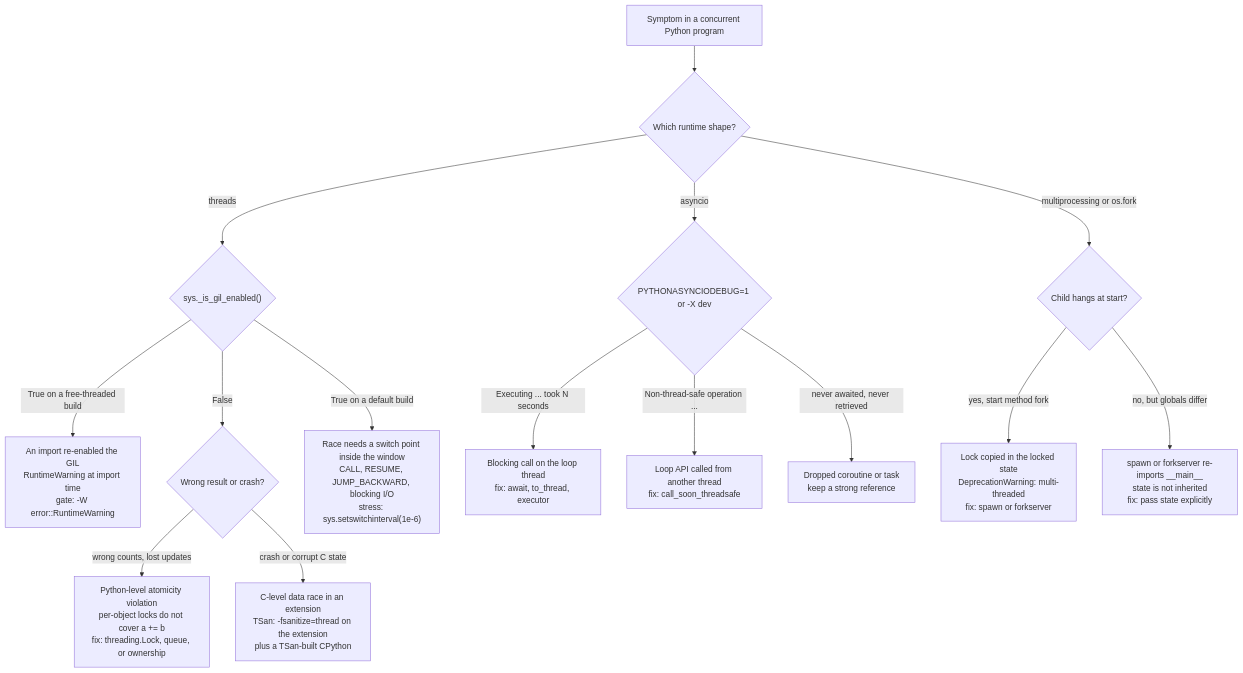
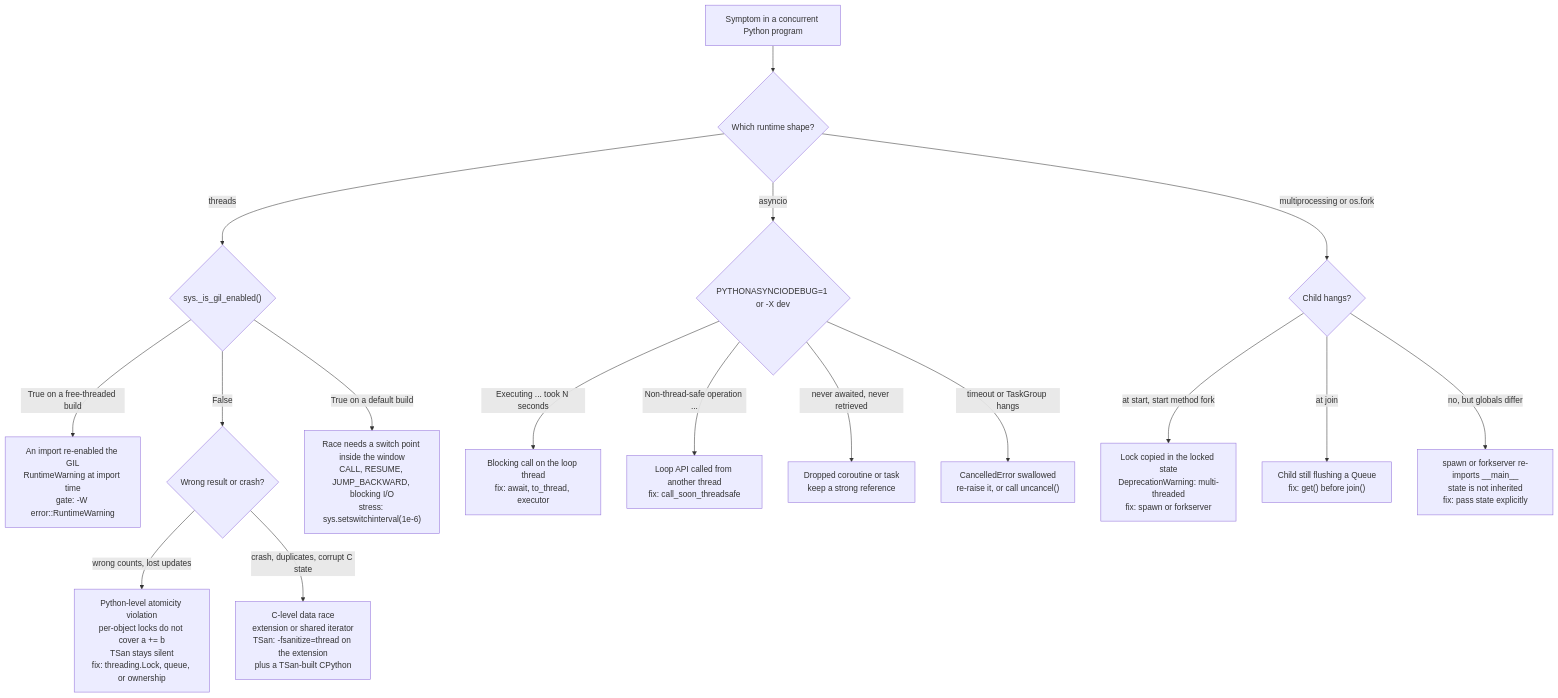
One commit to shreejitverma/The-Distinguished-Engineer changed the diagram in 18-Developer-Toolchain/03-Debugging/Python/Python-Concurrency-Asyncio-Multiprocessing-and-Free-Threading-Bugs.md. Above: the diagram before and after it, drawn with Mermaid. The commit also changed other lines of this file and 8 other files, not shown here.

````diff
--- a/18-Developer-Toolchain/03-Debugging/Python/Python-Concurrency-Asyncio-Multiprocessing-and-Free-Threading-Bugs.md
+++ b/18-Developer-Toolchain/03-Debugging/Python/Python-Concurrency-Asyncio-Multiprocessing-and-Free-Threading-Bugs.md
@@ -46,20 +61,22 @@
 ```mermaid
 flowchart TD
     SYM["Symptom in a concurrent Python program"] --> Q1{"Which runtime shape?"}
 
     Q1 -->|"threads"| Q2{"sys._is_gil_enabled()"}
     Q2 -->|"True on a free-threaded build"| GILBACK["An import re-enabled the GIL<br/>RuntimeWarning at import time<br/>gate: -W error::RuntimeWarning"]
     Q2 -->|"False"| Q3{"Wrong result or crash?"}
-    Q3 -->|"wrong counts, lost updates"| ATOM["Python-level atomicity violation<br/>per-object locks do not cover a += b<br/>fix: threading.Lock, queue, or ownership"]
-    Q3 -->|"crash or corrupt C state"| CRACE["C-level data race in an extension<br/>TSan: -fsanitize=thread on the extension<br/>plus a TSan-built CPython"]
+    Q3 -->|"wrong counts, lost updates"| ATOM["Python-level atomicity violation<br/>per-object locks do not cover a += b<br/>TSan stays silent<br/>fix: threading.Lock, queue, or ownership"]
+    Q3 -->|"crash, duplicates, corrupt C state"| CRACE["C-level data race<br/>extension or shared iterator<br/>TSan: -fsanitize=thread on the extension<br/>plus a TSan-built CPython"]
     Q2 -->|"True on a default build"| SW["Race needs a switch point inside the window<br/>CALL, RESUME, JUMP_BACKWARD, blocking I/O<br/>stress: sys.setswitchinterval(1e-6)"]
 
     Q1 -->|"asyncio"| Q4{"PYTHONASYNCIODEBUG=1 or -X dev"}
     Q4 -->|"Executing ... took N seconds"| BLOCK["Blocking call on the loop thread<br/>fix: await, to_thread, executor"]
     Q4 -->|"Non-thread-safe operation ..."| XT["Loop API called from another thread<br/>fix: call_soon_threadsafe"]
     Q4 -->|"never awaited, never retrieved"| LOST["Dropped coroutine or task<br/>keep a strong reference"]
+    Q4 -->|"timeout or TaskGroup hangs"| CANC["CancelledError swallowed<br/>re-raise it, or call uncancel()"]
 
-    Q1 -->|"multiprocessing or os.fork"| Q5{"Child hangs at start?"}
-    Q5 -->|"yes, start method fork"| FORK["Lock copied in the locked state<br/>DeprecationWarning: multi-threaded<br/>fix: spawn or forkserver"]
+    Q1 -->|"multiprocessing or os.fork"| Q5{"Child hangs?"}
+    Q5 -->|"at start, start method fork"| FORK["Lock copied in the locked state<br/>DeprecationWarning: multi-threaded<br/>fix: spawn or forkserver"]
+    Q5 -->|"at join"| QJOIN["Child still flushing a Queue<br/>fix: get() before join()"]
     Q5 -->|"no, but globals differ"| SPAWN["spawn or forkserver re-imports __main__<br/>state is not inherited<br/>fix: pass state explicitly"]
 ```
````
